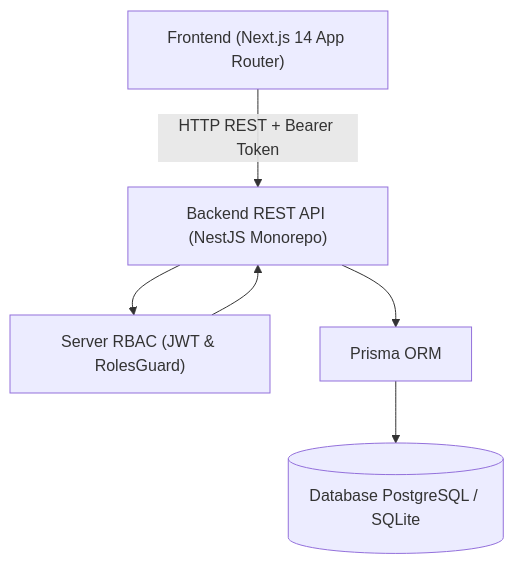
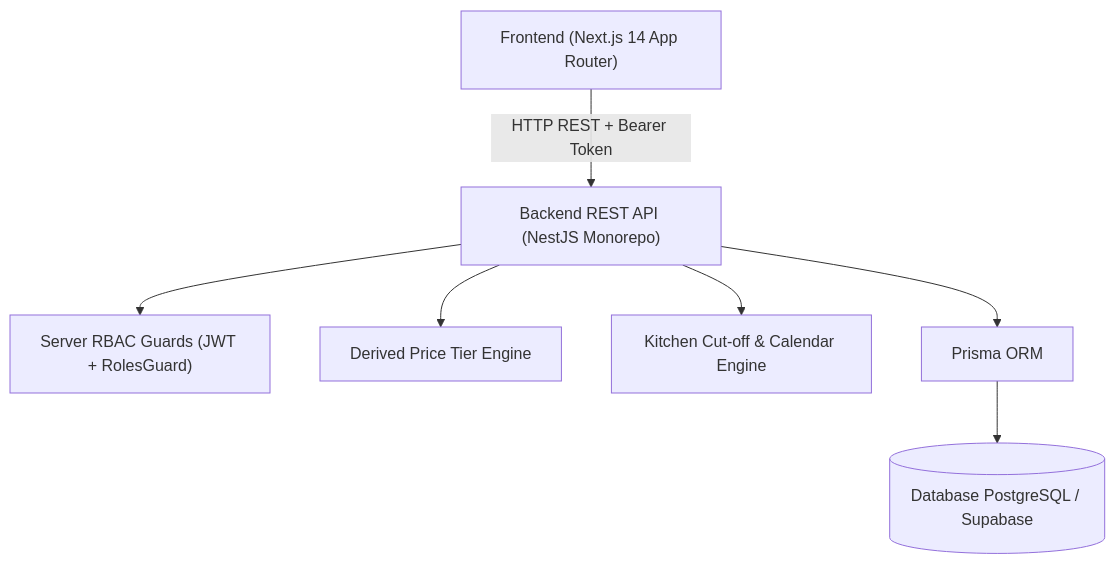
Before and after one commit to neel040205-np/fernleaf-kitchen-ops: the first of 2 diagrams in README.md, drawn with Mermaid. The commit also changed other lines of this file and 1 other file, not shown here.

````diff
--- a/README.md
+++ b/README.md
@@ -71,14 +87,17 @@
 ```mermaid
 graph TD
     Client["Frontend (Next.js 14 App Router)"]
     API["Backend REST API (NestJS Monorepo)"]
-    Auth["Server RBAC (JWT & RolesGuard)"]
+    Auth["Server RBAC Guards (JWT + RolesGuard)"]
+    Pricing["Derived Price Tier Engine"]
+    Cutoff["Kitchen Cut-off & Calendar Engine"]
     Prisma["Prisma ORM"]
-    DB[(Database PostgreSQL / SQLite)]
+    DB[(Database PostgreSQL / Supabase)]
 
     Client -->|HTTP REST + Bearer Token| API
     API --> Auth
-    Auth --> API
+    API --> Pricing
+    API --> Cutoff
     API --> Prisma
     Prisma --> DB
 ```
````
